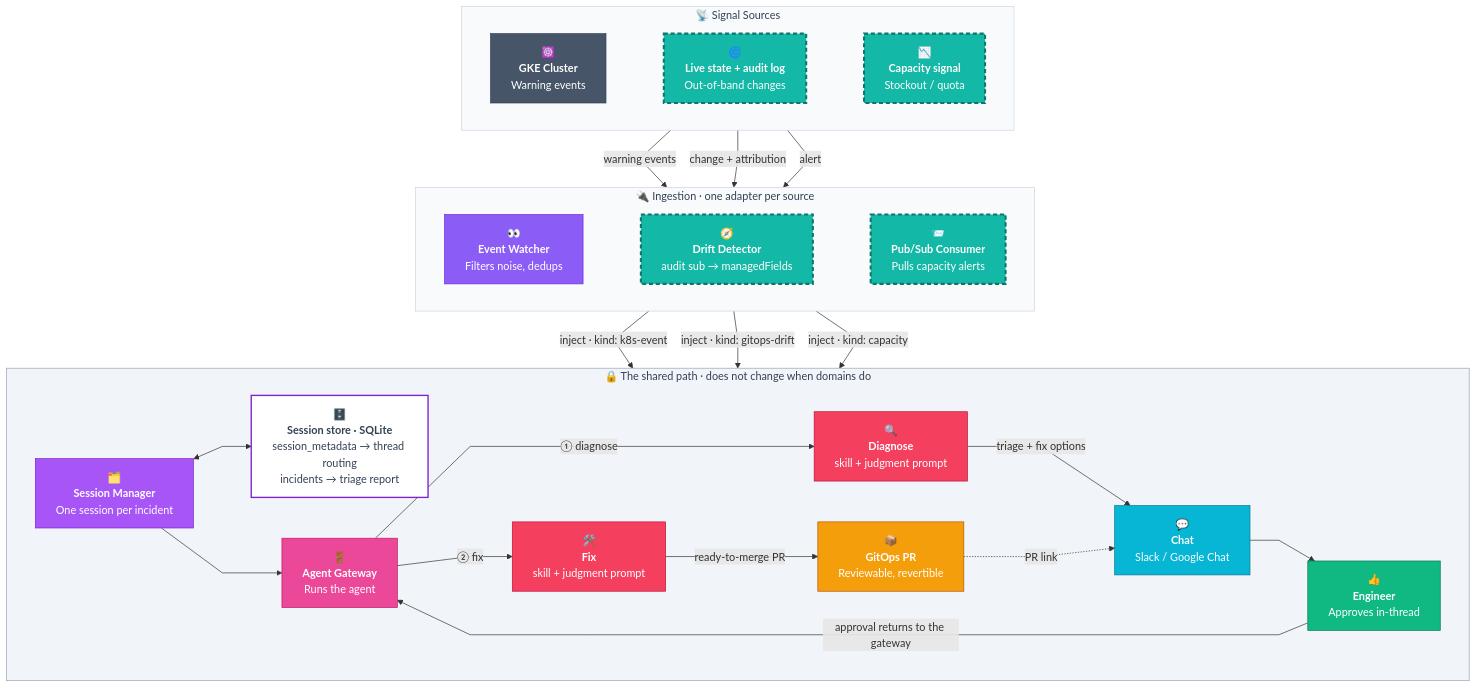
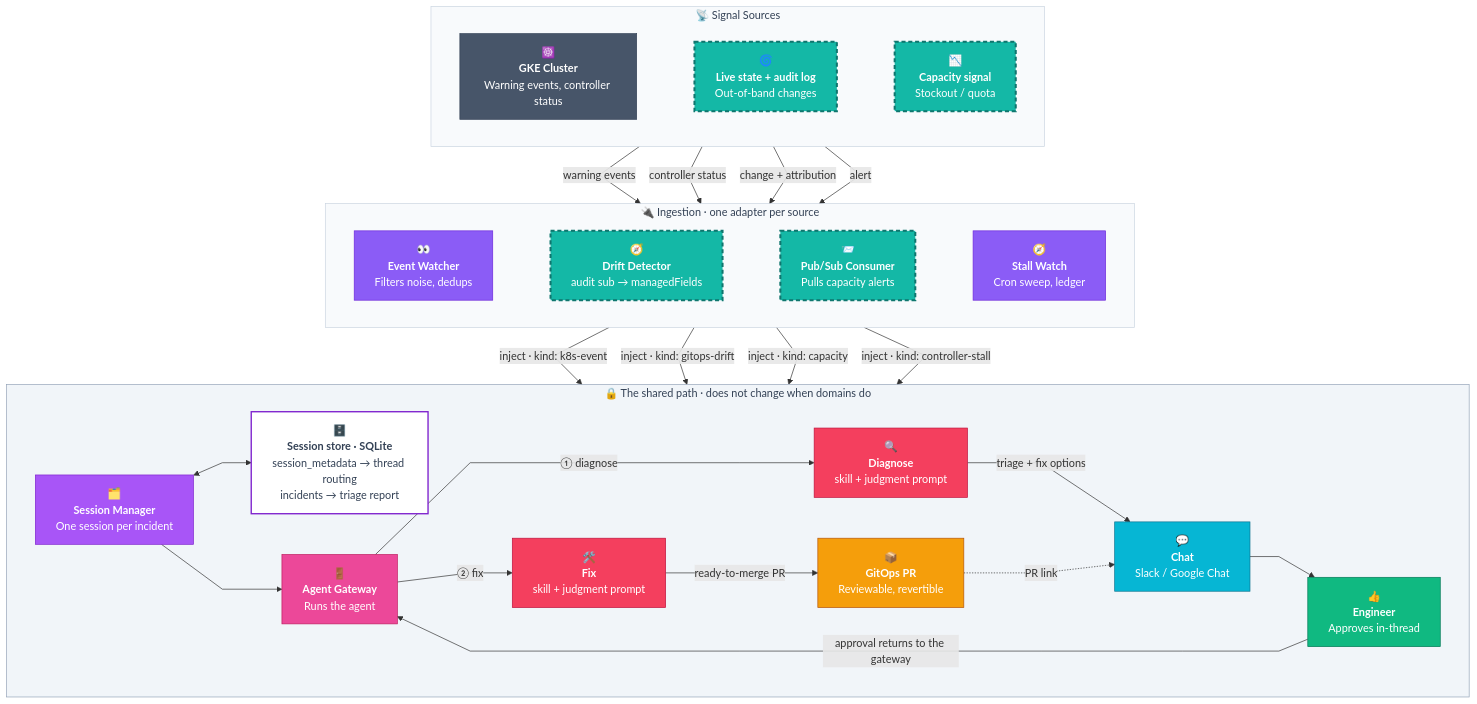
Before and after one commit to Fuxiao-Gao/kube-agents: the diagram in agents/platform/docs/autoops-architecture.md, drawn with Mermaid. The commit also changed other lines of this file and 15 other files, not shown here.

Commit message:
feat(stall-watch): inject detected stalls into the RCA flow instead of filing cards (#2294)

````diff
--- a/agents/platform/docs/autoops-architecture.md
+++ b/agents/platform/docs/autoops-architecture.md
@@ -11,75 +11,78 @@
 ```mermaid
 %%{init: {'flowchart': {'curve': 'linear', 'nodeSpacing': 60, 'rankSpacing': 60}}}%%
 flowchart TB
     subgraph SOURCES["📡 Signal Sources"]
         direction LR
-        CLUSTER["☸️<br/><b>GKE Cluster</b><br/>Warning events"]
+        CLUSTER["☸️<br/><b>GKE Cluster</b><br/>Warning events, controller status"]
         DRIFT["🌀<br/><b>Live state + audit log</b><br/>Out-of-band changes"]
         CAP["📉<br/><b>Capacity signal</b><br/>Stockout / quota"]
         CLUSTER ~~~ DRIFT ~~~ CAP
     end
 
     subgraph INGEST["🔌 Ingestion · one adapter per source"]
         direction LR
         WATCH["👀<br/><b>Event Watcher</b><br/>Filters noise, dedups"]
         DDET["🧭<br/><b>Drift Detector</b><br/>audit sub → managedFields"]
         PSUB["📨<br/><b>Pub/Sub Consumer</b><br/>Pulls capacity alerts"]
-        WATCH ~~~ DDET ~~~ PSUB
+        STALLW["🧭<br/><b>Stall Watch</b><br/>Cron sweep, ledger"]
+        WATCH ~~~ DDET ~~~ PSUB ~~~ STALLW
     end
 
     subgraph SPINE["🔒 The shared path · does not change when domains do"]
         direction LR
         SESS["🗂️<br/><b>Session Manager</b><br/>One session per incident"]
         STORE["🗄️<br/><b>Session store · SQLite</b><br/>session_metadata → thread routing<br/>incidents → triage report"]
         GW["🚪<br/><b>Agent Gateway</b><br/>Runs the agent"]
         DIAG["🔍<br/><b>Diagnose</b><br/>skill + judgment prompt"]
         FIXP["🛠️<br/><b>Fix</b><br/>skill + judgment prompt"]
         CHAT["💬<br/><b>Chat</b><br/>Slack / Google Chat"]
         HUMAN["👍<br/><b>Engineer</b><br/>Approves in-thread"]
         FIX["📦<br/><b>GitOps PR</b><br/>Reviewable, revertible"]
         SESS <--> STORE
         SESS --> GW
         GW -->|① diagnose| DIAG
         DIAG -->|triage + fix options| CHAT
         CHAT --> HUMAN
         HUMAN -->|approval returns to the gateway| GW
         GW -->|② fix| FIXP
         FIXP -->|ready-to-merge PR| FIX
     end
 
     CLUSTER -->|warning events| WATCH
+    CLUSTER -->|controller status| STALLW
     DRIFT -->|change + attribution| DDET
     CAP -->|alert| PSUB
 
     WATCH -->|inject · kind: k8s-event| SESS
     DDET -->|inject · kind: gitops-drift| SESS
     PSUB -->|inject · kind: capacity| SESS
+    STALLW -->|inject · kind: controller-stall| SESS
 
     FIX -.->|PR link| CHAT
 
     classDef live fill:#475569,stroke:#334155,color:#fff;
     classDef newdom fill:#14B8A6,stroke:#0F766E,stroke-width:3px,color:#fff,stroke-dasharray:6 4;
     classDef ingest fill:#8B5CF6,stroke:#6D28D9,color:#fff;
     classDef sess fill:#A855F7,stroke:#7E22CE,color:#fff;
     classDef store fill:#FFFFFF,stroke:#7E22CE,stroke-width:2px,color:#334155;
     classDef gw fill:#EC4899,stroke:#BE185D,color:#fff;
     classDef agent fill:#F43F5E,stroke:#BE123C,color:#fff;
     classDef chat fill:#06B6D4,stroke:#0E7490,color:#fff;
     classDef human fill:#10B981,stroke:#047857,color:#fff;
     classDef fix fill:#F59E0B,stroke:#B45309,color:#fff;
 
     class CLUSTER live;
     class DRIFT,CAP,DDET,PSUB newdom;
-    class WATCH ingest;
+    class WATCH,STALLW ingest;
     class SESS sess;
     class STORE store;
     class GW gw;
     class DIAG,FIXP agent;
     class CHAT chat;
     class HUMAN human;
     class FIX fix;
 
     style SOURCES fill:#F8FAFC,stroke:#CBD5E1,color:#334155
     style INGEST fill:#F8FAFC,stroke:#CBD5E1,color:#334155
     style SPINE fill:#F1F5F9,stroke:#94A3B8,color:#334155
 ```
````
